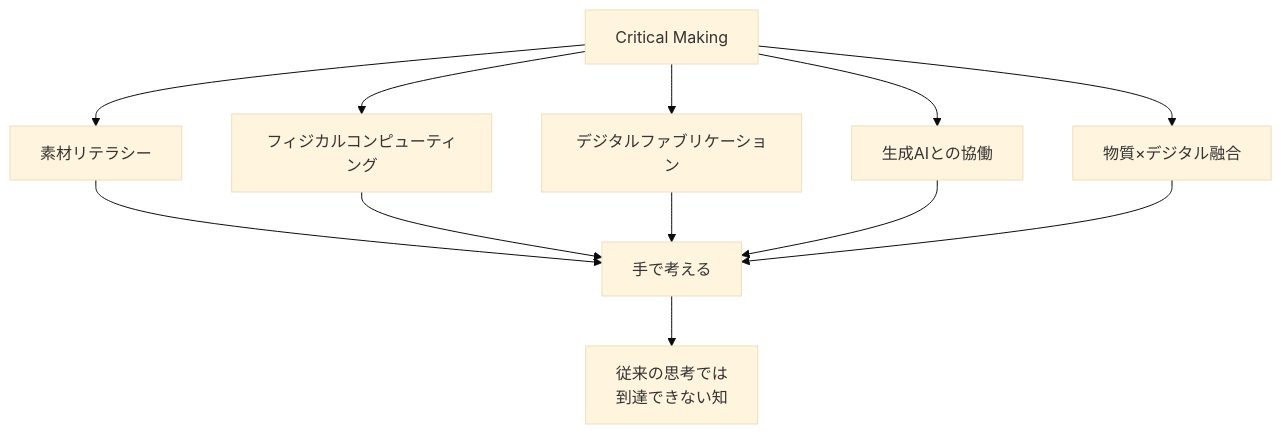
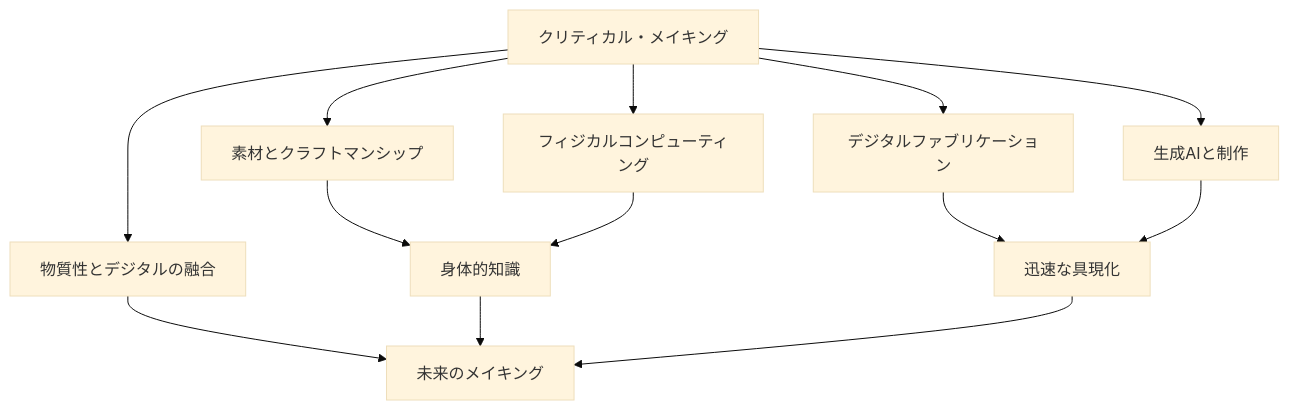
One commit to Hide-nu/Designer-curriculum changed the first of 2 diagrams in docs/books/04-critical-making/index.md. Above: the diagram before and after it, drawn with Mermaid (base theme). The commit also changed other lines of this file and 13 other files, not shown here.

````diff
--- a/docs/books/04-critical-making/index.md
+++ b/docs/books/04-critical-making/index.md
@@ -15,14 +15,16 @@
 ```mermaid
 graph TD
-    A[Critical Making] --> B[素材リテラシー]
+    A[クリティカル・メイキング] --> B[素材とクラフトマンシップ]
     A --> C[フィジカルコンピューティング]
     A --> D[デジタルファブリケーション]
-    A --> E[生成AIとの協働]
-    A --> F[物質×デジタル融合]
-    B --> G[手で考える]
+    A --> E[生成AIと制作]
+    A --> F[物質性とデジタルの融合]
+
+    B --> G[身体的知識]
     C --> G
-    D --> G
-    E --> G
-    F --> G
-    G --> H[従来の思考では<br>到達できない知]
+    D --> H[迅速な具現化]
+    E --> H
+    F --> I[未来のメイキング]
+    G --> I
+    H --> I
 ```
````
